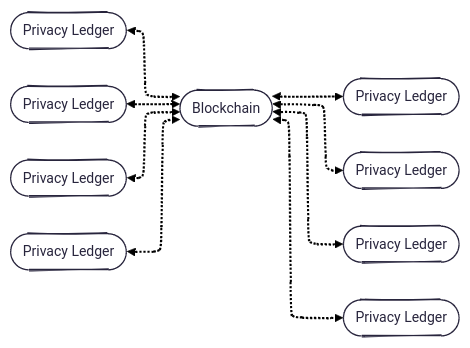
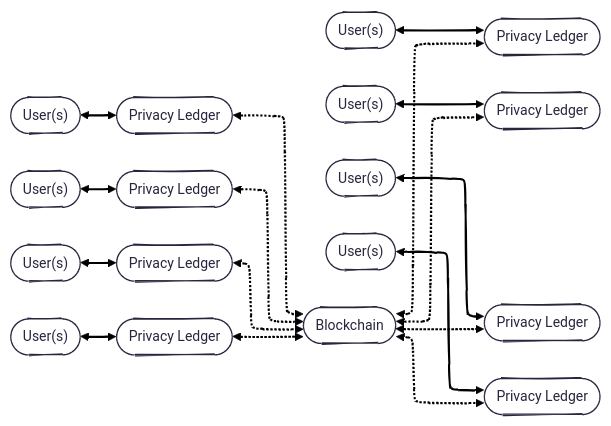
The first of 2 diagrams in enygma_payments/README.md (raylsnetwork/Enygma), drawn with Mermaid before and after one commit.

Commit message:
Update flowchart in README for user interactions

````diff
--- a/enygma_payments/README.md
+++ b/enygma_payments/README.md
@@ -5,21 +5,39 @@
 ```mermaid
 ---
 config:
   theme: redux
   layout: elk
   look: handDrawn
 ---
 flowchart LR
+    UA(["User(s)"])
+    UB(["User(s)"])
+    UC(["User(s)"])
+    UD(["User(s)"])
+    UE(["User(s)"])
+    UF(["User(s)"])
+    UG(["User(s)"])
+    UH(["User(s)"])
+
     PLA(["Privacy Ledger"])
     PLB(["Privacy Ledger"])
     PLC(["Privacy Ledger"])
     PLD(["Privacy Ledger"])
 
     B(["Blockchain"])
     PLE(["Privacy Ledger"])
     PLF(["Privacy Ledger"])
     PLG(["Privacy Ledger"])
     PLH(["Privacy Ledger"])
 
     PLA & PLB & PLC & PLD <-.-> B <-.-> PLE & PLF & PLG & PLH
+
+    UA <--> PLA
+    UB <--> PLB
+    UC <--> PLC
+    UD <--> PLD
+    UE <--> PLE
+    UF <--> PLF
+    UG <--> PLG
+    UH <--> PLH
 ```
````
